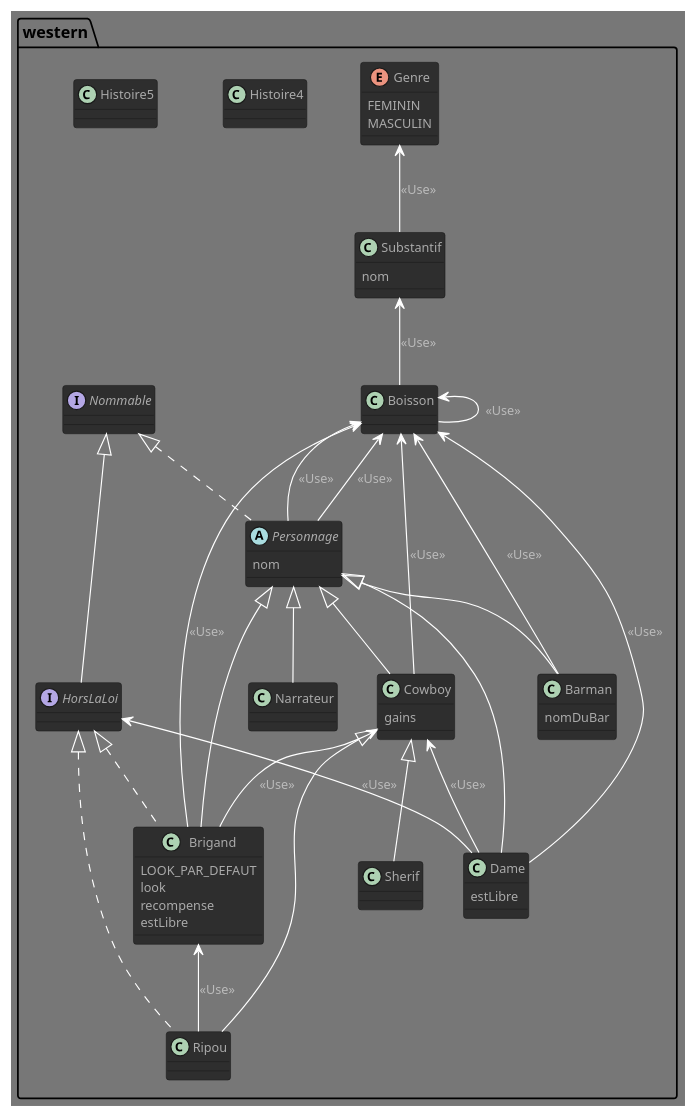
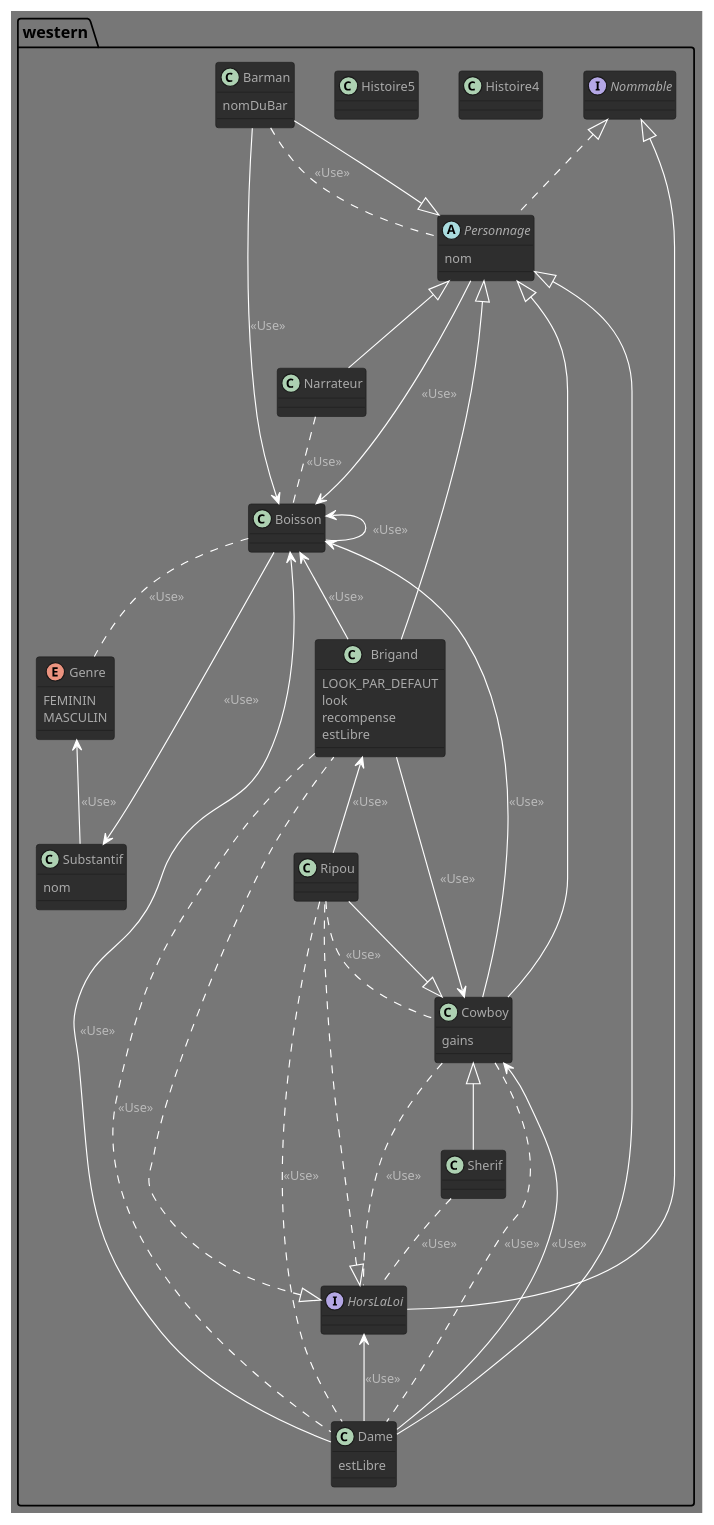
One commit to GlazKrovi/JavaToPlantUML changed the diagram in generates/pumls/ACD_west.puml. Above: the diagram before and after it, drawn with PlantUML. The commit also changed 13 other files, not shown here.

```diff
--- a/generates/pumls/ACD_west.puml
+++ b/generates/pumls/ACD_west.puml
@@ -1,70 +1,78 @@
 @startuml
 !theme reddress-darkgreen
 
 class western.Barman extends western.Personnage {
 nomDuBar
 
 }
 
 class western.Boisson
 
 class western.Brigand extends western.Personnage implements western.HorsLaLoi {
 LOOK_PAR_DEFAUT
 look
 recompense
 estLibre
 
 }
 
 class western.Cowboy extends western.Personnage {
 gains
 
 }
 
 class western.Dame extends western.Personnage {
 estLibre
 
 }
 
 enum western.Genre {
 FEMININ
 MASCULIN
 
 }
 class western.Histoire4
 
 class western.Histoire5
 
 interface western.HorsLaLoi extends western.Nommable
 class western.Narrateur extends western.Personnage
 
 interface western.Nommable
 abstract western.Personnage implements western.Nommable {
 nom
 
 }
 
 class western.Ripou extends western.Cowboy implements western.HorsLaLoi
 
 class western.Sherif extends western.Cowboy
 
 class western.Substantif {
 nom
 
 }
 
 western.Boisson <-- Barman : <<Use>>
+western.Barman .. western.Personnage : <<Use>>
 western.Substantif <-- Boisson : <<Use>>
 western.Boisson <-- Boisson : <<Use>>
+western.Boisson .. western.Genre : <<Use>>
 western.Cowboy <-- Brigand : <<Use>>
 western.Boisson <-- Brigand : <<Use>>
+western.Brigand .. western.Dame : <<Use>>
 western.Boisson <-- Cowboy : <<Use>>
+western.Cowboy .. western.Dame : <<Use>>
+western.Cowboy .. western.HorsLaLoi : <<Use>>
 western.Cowboy <-- Dame : <<Use>>
 western.HorsLaLoi <-- Dame : <<Use>>
 western.Boisson <-- Dame : <<Use>>
-western.Boisson <-- Personnage : <<Use>>
+western.Narrateur .. western.Boisson : <<Use>>
 western.Boisson <-- Personnage : <<Use>>
 western.Brigand <-- Ripou : <<Use>>
+western.Ripou .. western.Dame : <<Use>>
+western.Ripou .. western.Cowboy : <<Use>>
+western.Sherif .. western.HorsLaLoi : <<Use>>
 western.Genre <-- Substantif : <<Use>>
 
 @enduml
```
